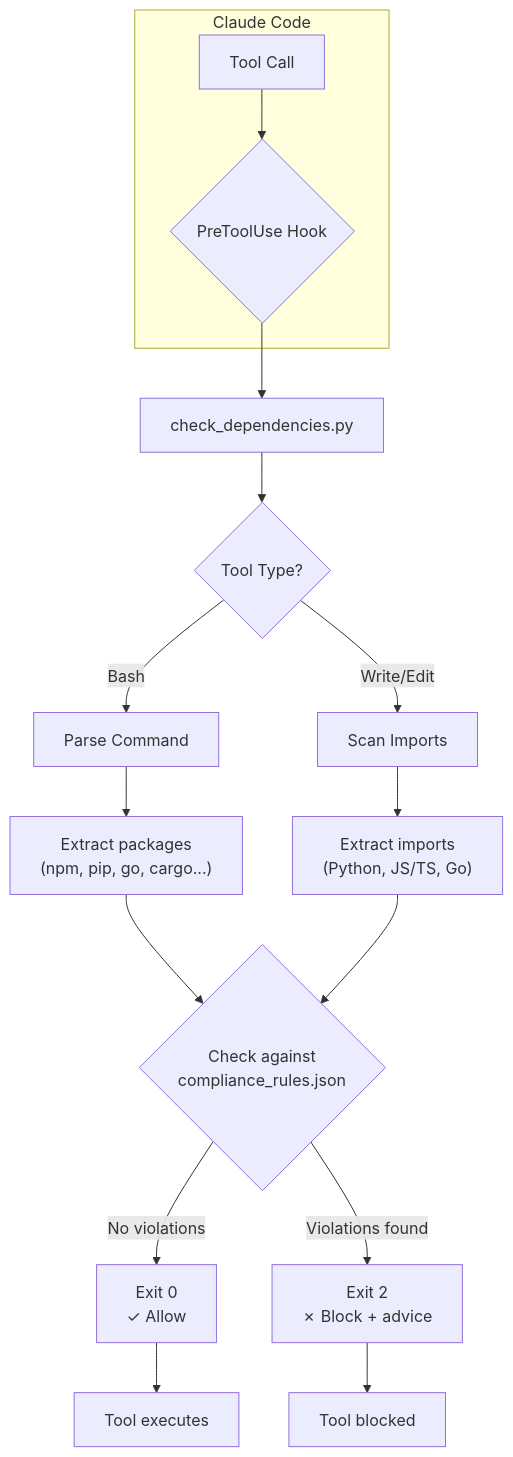
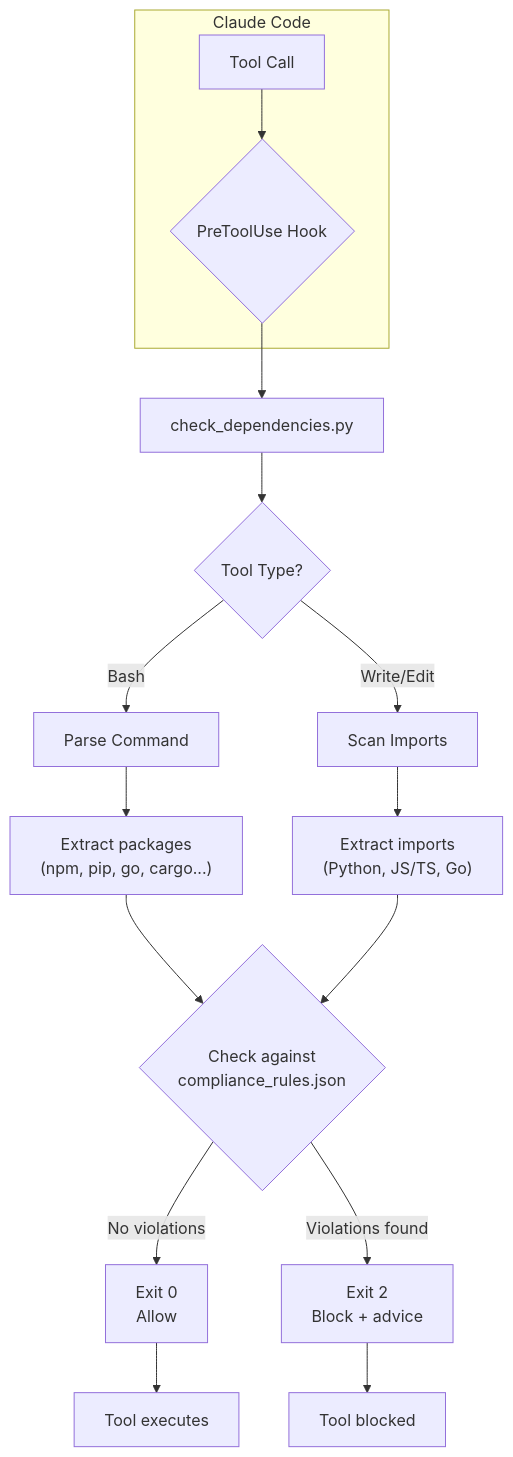
The diagram in README.md (tanRdev/claude-code-check-deps), drawn with Mermaid before and after one commit. The commit also changed other lines of this file, not shown here.

````diff
--- a/README.md
+++ b/README.md
@@ -103,24 +113,24 @@
 ```mermaid
 flowchart TB
     subgraph "Claude Code"
         A[Tool Call] --> B{PreToolUse Hook}
     end
     
     B --> C[check_dependencies.py]
     C --> D{Tool Type?}
     
     D -->|Bash| E[Parse Command]
     D -->|Write/Edit| F[Scan Imports]
     
     E --> G["Extract packages<br/>(npm, pip, go, cargo...)"]
     F --> H["Extract imports<br/>(Python, JS/TS, Go)"]
     
     G --> I{Check against<br/>compliance_rules.json}
     H --> I
     
-    I -->|No violations| J["Exit 0<br/>✓ Allow"]
-    I -->|Violations found| K["Exit 2<br/>✗ Block + advice"]
+    I -->|No violations| J["Exit 0<br/>Allow"]
+    I -->|Violations found| K["Exit 2<br/>Block + advice"]
     
     J --> L[Tool executes]
     K --> M[Tool blocked]
 ```
````
